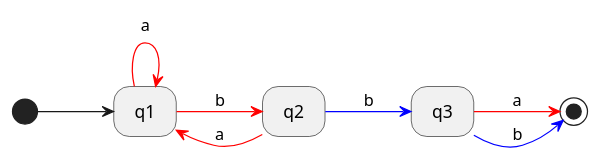
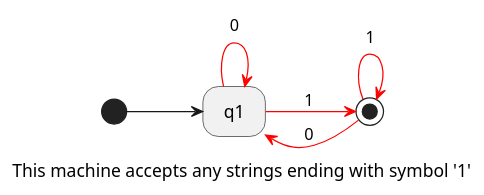
Before and after one commit to soyart/notes: the first of 2 diagrams in pages/Theory of computation.md, drawn with PlantUML. The commit also changed other lines of this file, not shown here.

```diff
--- a/pages/Theory of computation.md
+++ b/pages/Theory of computation.md
@@ -80,19 +79,17 @@
-			  @startuml
-			  left to right direction
-			  hide empty description
-			  
-			  state start <<start>>
-			  state q4 <<end>>
-			  
-			  start --> q1
-			  
-			  q1-[#red]->q1: a
-			  q1-[#red]->q2: b
-			  
-			  q2-[#red]->q1: a
-			  q2-[#blue]->q3: b
-			  
-			  q3-[#red]->q4: a
-			  q3-[#blue]->q4: b
-			  
-			  @enduml
+				  @startuml
+				  caption This machine accepts any strings ending with symbol '1'
+				  left to right direction
+				  hide empty description
+				  
+				  state start <<start>>
+				  state q2 <<end>>
+				  
+				  start --> q1
+				  
+				  q1-[#red]->q1: 0
+				  q1-[#red]->q2: 1
+				  
+				  q2-[#red]->q1: 0
+				  q2-[#red]->q2: 1
+				  
+				  @enduml
```
